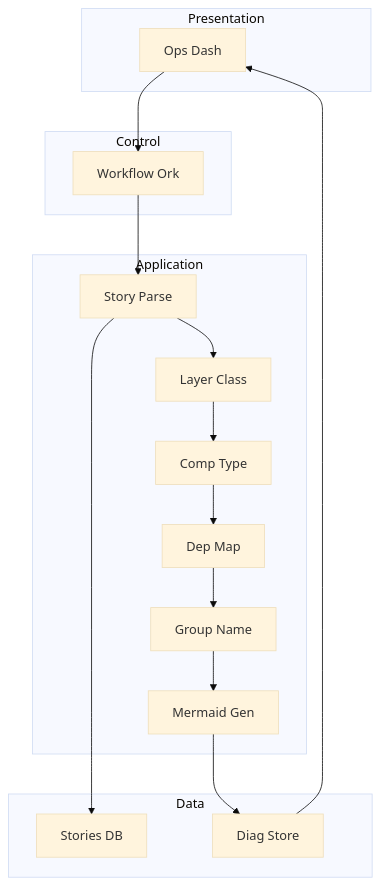
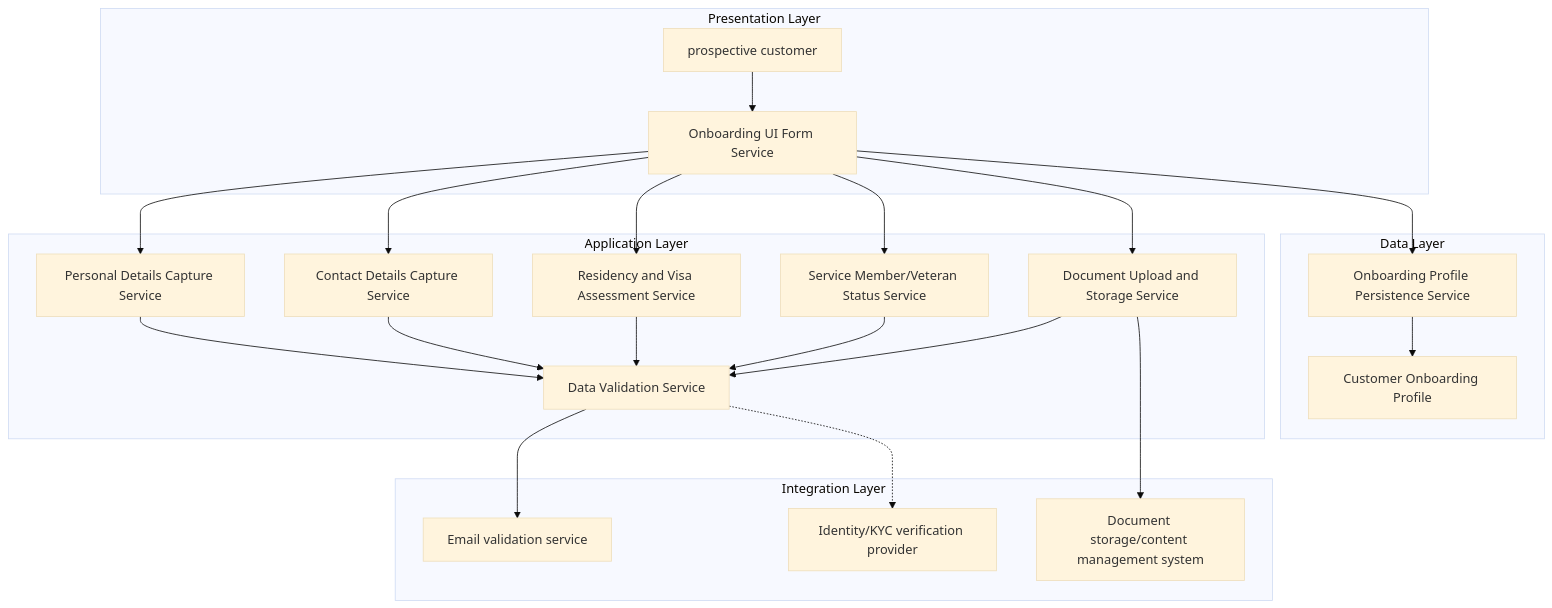
One commit to madhukumara1616/customer-onboarding-application changed the first of 5 diagrams in diagrams/output.md. Above: the diagram before and after it, drawn with Mermaid (base theme). The commit also changed other lines of this file, not shown here.

Commit message:
chore: update diagrams — Pipeline-generated codebase

````diff
--- a/diagrams/output.md
+++ b/diagrams/output.md
@@ -1,36 +1,45 @@
 ```mermaid
 %% TITLE: System Architecture
 graph TD
-  subgraph L1["Presentation"]
-    p1["Ops Dash"]
+  subgraph Presentation_Layer["Presentation Layer"]
+    actor_pc["prospective customer"]
+    svc_ui["Onboarding UI Form Service"]
   end
 
-  subgraph L2["Control"]
-    c1["Workflow Ork"]
+  subgraph Application_Layer["Application Layer"]
+    svc_personal["Personal Details Capture Service"]
+    svc_contact["Contact Details Capture Service"]
+    svc_residency["Residency and Visa Assessment Service"]
+    svc_service_status["Service Member/Veteran Status Service"]
+    svc_doc["Document Upload and Storage Service"]
+    svc_validation["Data Validation Service"]
   end
 
-  subgraph L3["Application"]
-    a1["Story Parse"]
-    a2["Layer Class"]
-    a3["Comp Type"]
-    a4["Dep Map"]
-    a5["Group Name"]
-    a6["Mermaid Gen"]
+  subgraph Integration_Layer["Integration Layer"]
+    ext_email["Email validation service"]
+    ext_docstore["Document storage/content management system"]
+    ext_kyc["Identity/KYC verification provider"]
   end
 
-  subgraph L4["Data"]
-    d1["Stories DB"]
-    d2["Diag Store"]
+  subgraph Data_Layer["Data Layer"]
+    svc_persist["Onboarding Profile Persistence Service"]
+    ent_profile["Customer Onboarding Profile"]
   end
 
-  p1 --> c1
-  c1 --> a1
-  a1 --> a2
-  a2 --> a3
-  a3 --> a4
-  a4 --> a5
-  a5 --> a6
-  a1 --> d1
-  a6 --> d2
-  d2 --> p1
+  actor_pc --> svc_ui
+  svc_ui --> svc_personal
+  svc_ui --> svc_contact
+  svc_ui --> svc_residency
+  svc_ui --> svc_service_status
+  svc_ui --> svc_doc
+  svc_personal --> svc_validation
+  svc_contact --> svc_validation
+  svc_residency --> svc_validation
+  svc_service_status --> svc_validation
+  svc_doc --> svc_validation
+  svc_validation --> ext_email
+  svc_doc --> ext_docstore
+  svc_validation -.-> ext_kyc
+  svc_ui --> svc_persist
+  svc_persist --> ent_profile
 ```
````
